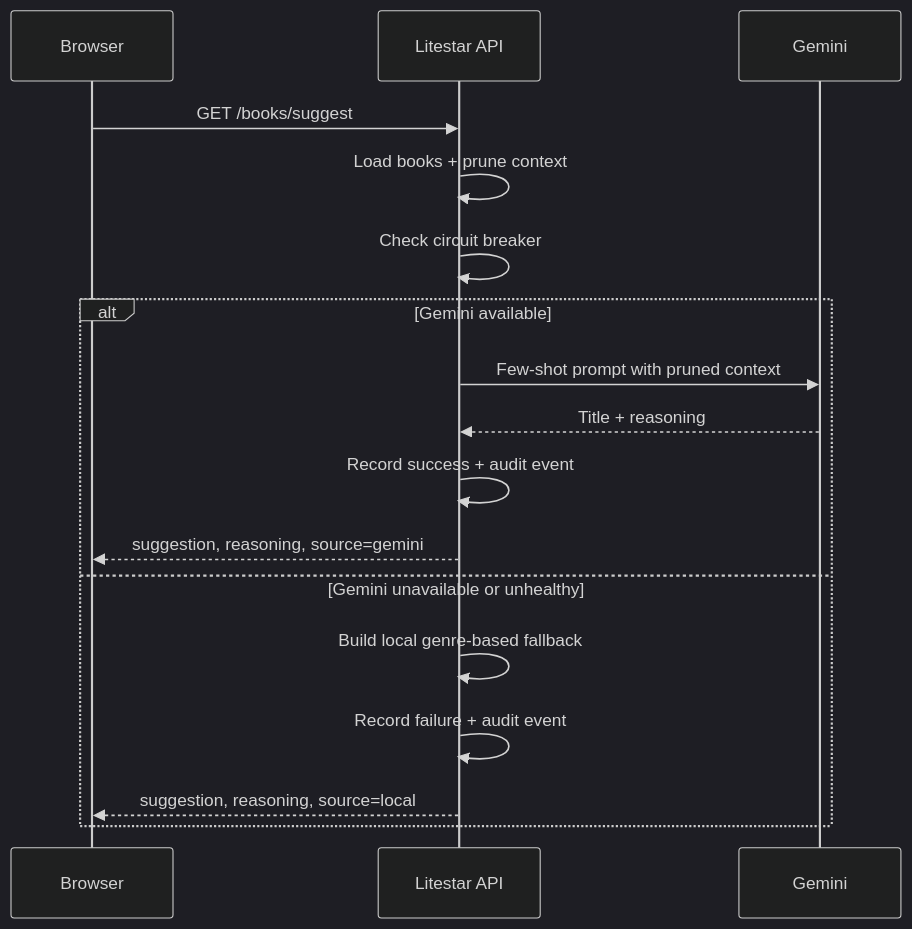
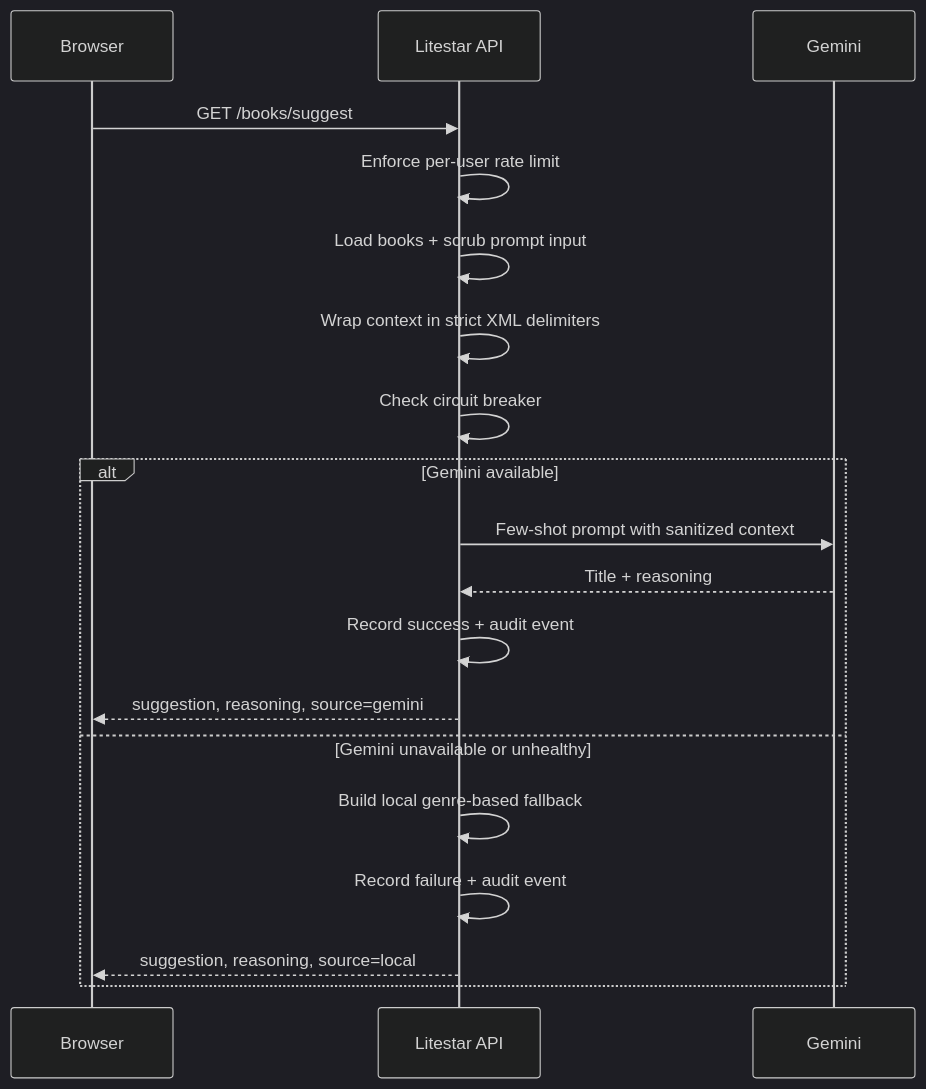
Before and after one commit to Raoof128/Nexus-OS: the second of 2 diagrams in docs/architecture.md, drawn with Mermaid (dark theme). The commit also changed other lines of this file and 33 other files, not shown here.

````diff
--- a/docs/architecture.md
+++ b/docs/architecture.md
@@ -39,20 +40,22 @@
 ```mermaid
 sequenceDiagram
   participant Browser
   participant API as Litestar API
   participant Gemini
 
   Browser->>API: GET /books/suggest
-  API->>API: Load books + prune context
+  API->>API: Enforce per-user rate limit
+  API->>API: Load books + scrub prompt input
+  API->>API: Wrap context in strict XML delimiters
   API->>API: Check circuit breaker
   alt Gemini available
-    API->>Gemini: Few-shot prompt with pruned context
+    API->>Gemini: Few-shot prompt with sanitized context
     Gemini-->>API: Title + reasoning
     API->>API: Record success + audit event
     API-->>Browser: suggestion, reasoning, source=gemini
   else Gemini unavailable or unhealthy
     API->>API: Build local genre-based fallback
     API->>API: Record failure + audit event
     API-->>Browser: suggestion, reasoning, source=local
   end
 ```
````
